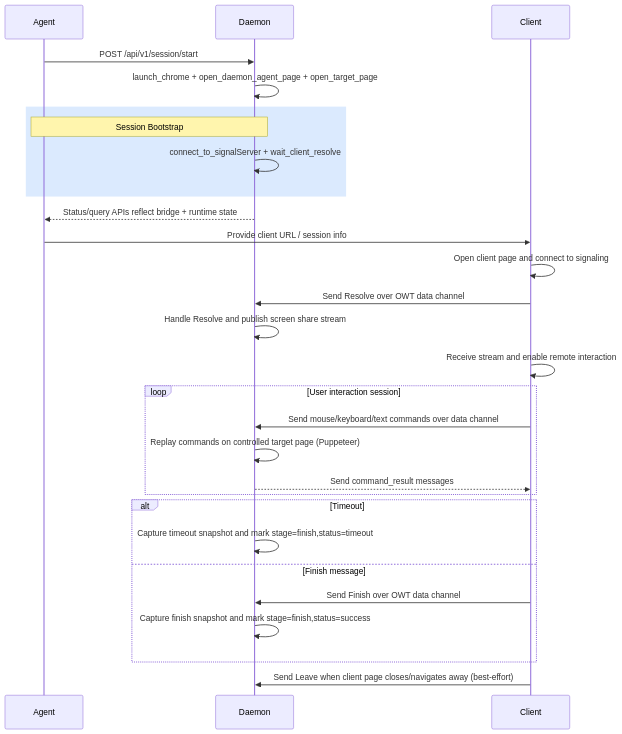
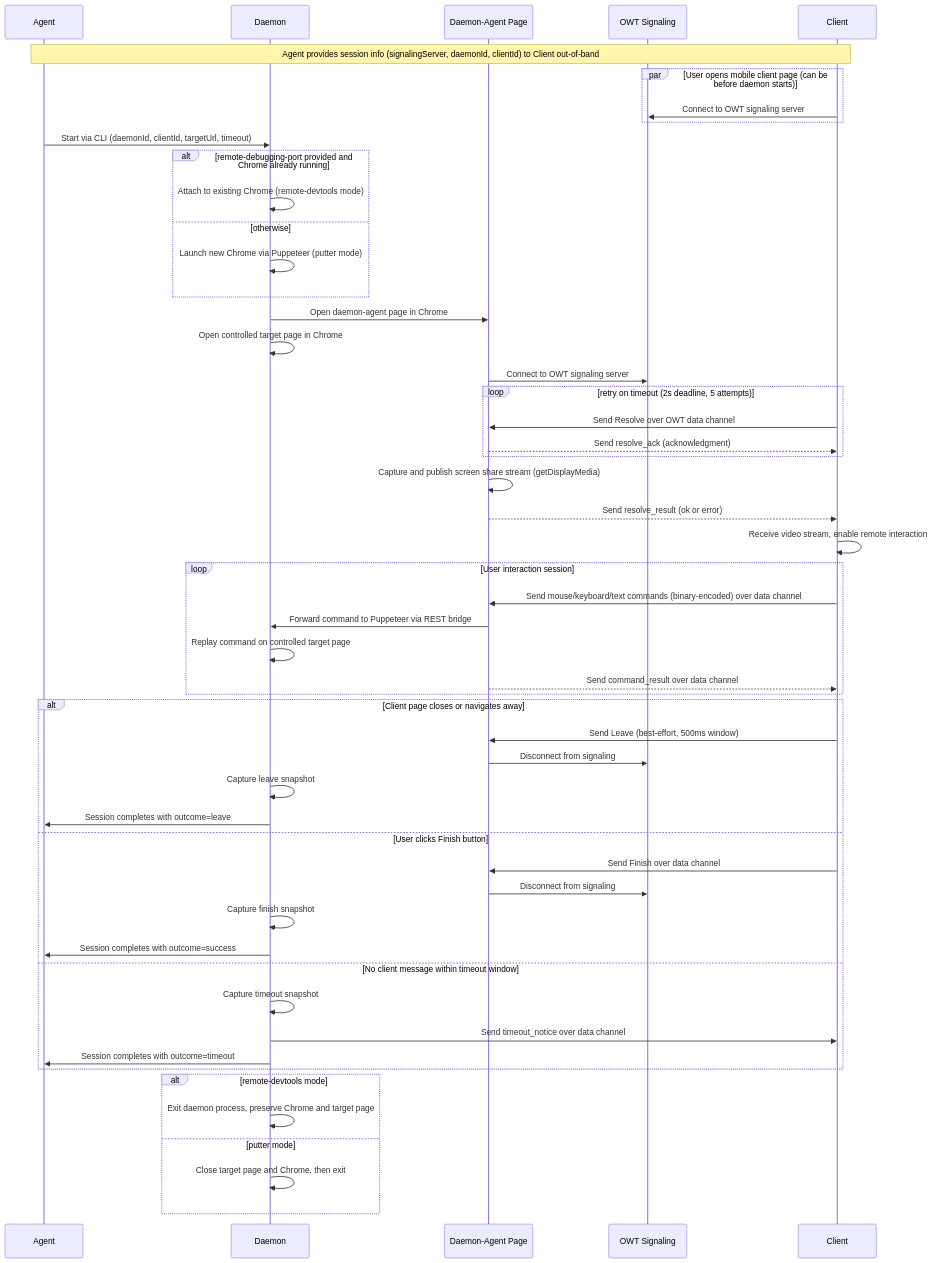
Before and after one commit to yzhou51/agentic-browser-lui: the diagram in README.md, drawn with Mermaid. The commit also changed other lines of this file and 30 other files, not shown here.

First line of the commit message:
Enable Headless and remote CDP (#1)

````diff
--- a/README.md
+++ b/README.md
@@ -85,37 +237,64 @@
 ```mermaid
 sequenceDiagram
-participant Agent
-participant Daemon
-participant Client
+    participant Agent
+    participant Daemon
+    participant DaemonAgent as Daemon-Agent Page
+    participant Signal as OWT Signaling
+    participant Client
 
-Agent->>Daemon: POST /api/v1/session/start
-Daemon->>Daemon: launch_chrome + open_daemon_agent_page + open_target_page
+    Note over Agent,Client: Agent provides session info (signalingServer, daemonId, clientId) to Client out-of-band
 
-rect rgb(219, 234, 254)
-Note over Agent,Daemon: Session Bootstrap
-Daemon->>Daemon: connect_to_signalServer + wait_client_resolve
-end
-Daemon-->>Agent: Status/query APIs reflect bridge + runtime state
+    par User opens mobile client page (can be before daemon starts)
+        Client->>Signal: Connect to OWT signaling server
+    end
 
-Agent->>Client: Provide client URL / session info
-Client->>Client: Open client page and connect to signaling
-Client->>Daemon: Send Resolve over OWT data channel
-Daemon->>Daemon: Handle Resolve and publish screen share stream
-Client->>Client: Receive stream and enable remote interaction
+    Agent->>Daemon: Start via CLI (daemonId, clientId, targetUrl, timeout)
 
-loop User interaction session
-Client->>Daemon: Send mouse/keyboard/text commands over data channel
-Daemon->>Daemon: Replay commands on controlled target page (Puppeteer)
-Daemon-->>Client: Send command_result messages
-end
+    alt remote-debugging-port provided and Chrome already running
+        Daemon->>Daemon: Attach to existing Chrome (remote-devtools mode)
+    else otherwise
+        Daemon->>Daemon: Launch new Chrome via Puppeteer (putter mode)
+    end
 
-alt Timeout
-Daemon->>Daemon: Capture timeout snapshot and mark stage=finish,status=timeout
-else Finish message
-Client->>Daemon: Send Finish over OWT data channel
-Daemon->>Daemon: Capture finish snapshot and mark stage=finish,status=success
-end
+    Daemon->>DaemonAgent: Open daemon-agent page in Chrome
+    Daemon->>Daemon: Open controlled target page in Chrome
+    DaemonAgent->>Signal: Connect to OWT signaling server
 
-Client->>Daemon: Send Leave when client page closes/navigates away (best-effort)
+    loop retry on timeout (2s deadline,  5 attempts)
+        Client->>DaemonAgent: Send Resolve over OWT data channel
+        DaemonAgent-->>Client: Send resolve_ack (acknowledgment)
+    end
 
+    DaemonAgent->>DaemonAgent: Capture and publish screen share stream (getDisplayMedia)
+    DaemonAgent-->>Client: Send resolve_result (ok or error)
+    Client->>Client: Receive video stream, enable remote interaction
+
+    loop User interaction session
+        Client->>DaemonAgent: Send mouse/keyboard/text commands (binary-encoded) over data channel
+        DaemonAgent->>Daemon: Forward command to Puppeteer via REST bridge
+        Daemon->>Daemon: Replay command on controlled target page
+        DaemonAgent-->>Client: Send command_result over data channel
+    end
+
+    alt Client page closes or navigates away
+        Client->>DaemonAgent: Send Leave (best-effort, 500ms window)
+        DaemonAgent->>Signal: Disconnect from signaling
+        Daemon->>Daemon: Capture leave snapshot
+        Daemon->>Agent: Session completes with outcome=leave
+    else User clicks Finish button
+        Client->>DaemonAgent: Send Finish over data channel
+        DaemonAgent->>Signal: Disconnect from signaling
+        Daemon->>Daemon: Capture finish snapshot
+        Daemon->>Agent: Session completes with outcome=success
+    else No client message within timeout window
+        Daemon->>Daemon: Capture timeout snapshot
+        Daemon->>Client: Send timeout_notice over data channel
+        Daemon->>Agent: Session completes with outcome=timeout
+    end
+
+    alt remote-devtools mode
+        Daemon->>Daemon: Exit daemon process, preserve Chrome and target page
+    else putter mode
+        Daemon->>Daemon: Close target page and Chrome, then exit
+    end
 ```
````
